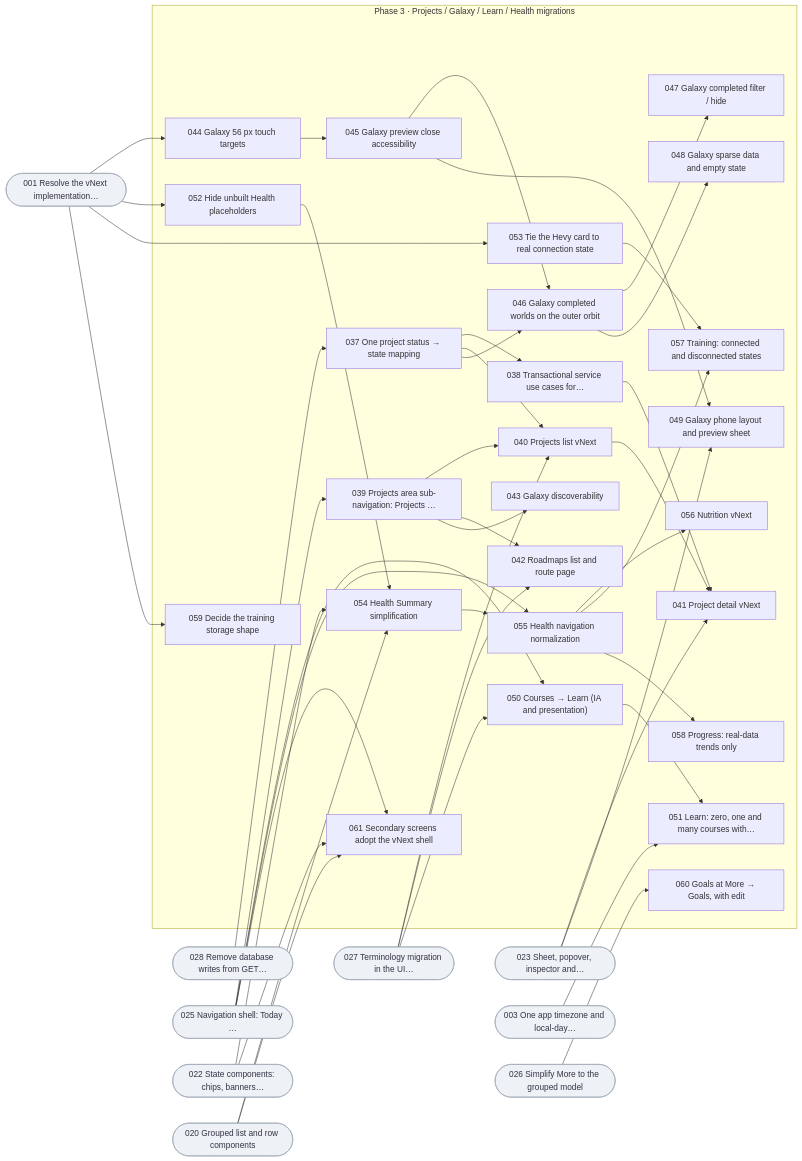
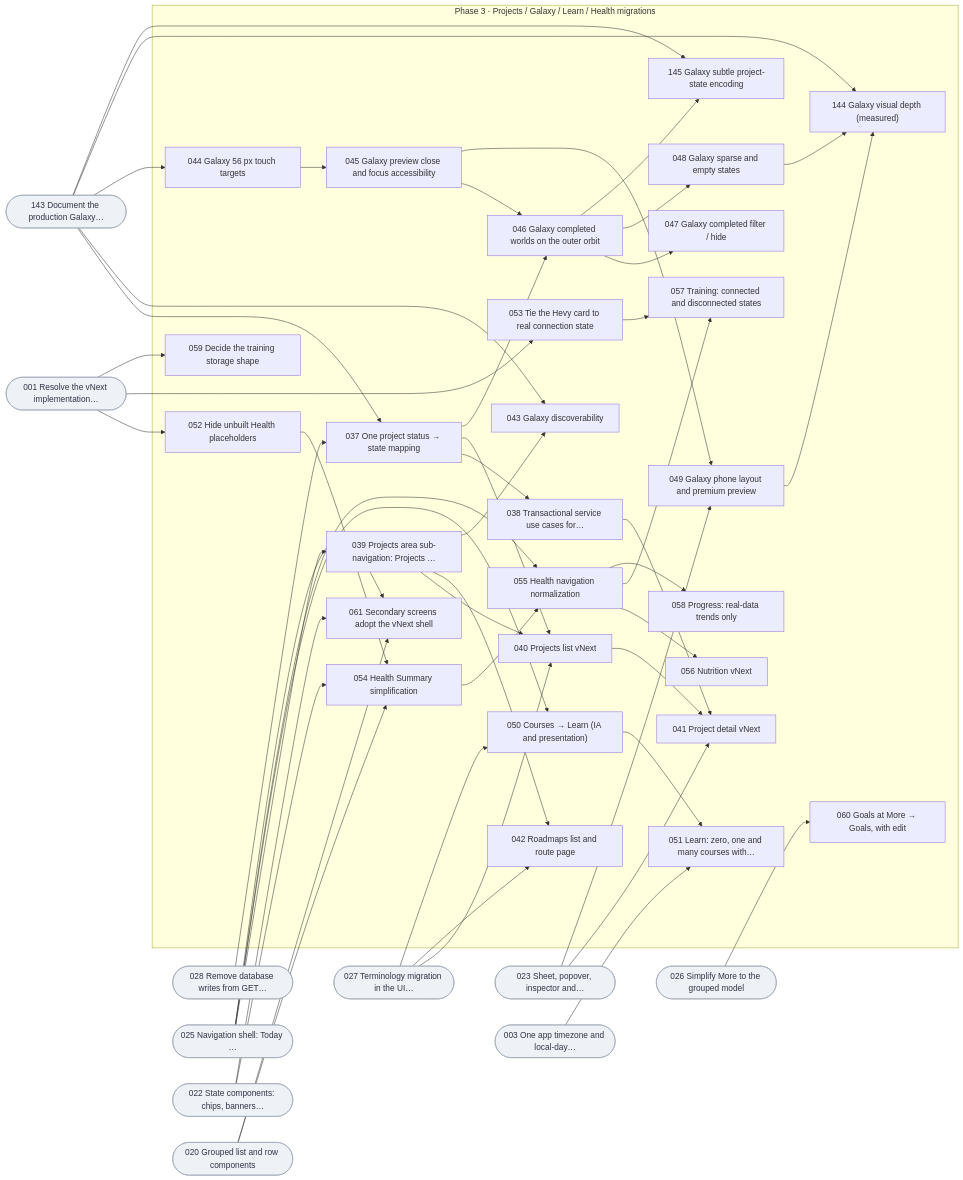
One commit to JayDalool/gyst-lifeops changed the fourth of 8 diagrams in docs/audit/vnext/16_DEPENDENCY_MAP.md. Above: the diagram before and after it, drawn with Mermaid. The commit also changed other lines of this file and 4 other files, not shown here.

```diff
--- a/docs/audit/vnext/16_DEPENDENCY_MAP.md
+++ b/docs/audit/vnext/16_DEPENDENCY_MAP.md
@@ -211,11 +214,13 @@
     roadmaps["042 Roadmaps list and route page"]
     gdisc["043 Galaxy discoverability"]
     gtap["044 Galaxy 56 px touch targets"]
-    gclose["045 Galaxy preview close accessibility"]
+    gclose["045 Galaxy preview close and focus accessibility"]
     gdone["046 Galaxy completed worlds on the outer orbit"]
     gfilter["047 Galaxy completed filter / hide"]
-    gsparse["048 Galaxy sparse data and empty state"]
-    gmobile["049 Galaxy phone layout and preview sheet"]
+    gsparse["048 Galaxy sparse and empty states"]
+    gmobile["049 Galaxy phone layout and premium preview"]
+    gdepth["144 Galaxy visual depth (measured)"]
+    gsignal["145 Galaxy subtle project-state encoding"]
     learnia["050 Courses → Learn (IA and presentation)"]
     learnstates["051 Learn: zero, one and many courses with…"]
     hplace["052 Hide unbuilt Health placeholders"]
@@ -230,6 +235,7 @@
     legacy["061 Secondary screens adopt the vNext shell"]
   end
   getwrites --> pstate
+  gbase --> pstate
   pstate --> ptx
   nav --> psub
   psub --> plist
@@ -241,7 +247,8 @@
   psub --> roadmaps
   terms --> roadmaps
   psub --> gdisc
-  base --> gtap
+  gbase --> gdisc
+  gbase --> gtap
   gtap --> gclose
   pstate --> gdone
   gclose --> gdone
@@ -249,6 +256,11 @@
   gdone --> gsparse
   gclose --> gmobile
   sheets --> gmobile
+  gbase --> gdepth
+  gmobile --> gdepth
+  gsparse --> gdepth
+  gbase --> gsignal
+  gdone --> gsignal
   nav --> learnia
   terms --> learnia
   learnia --> learnstates
@@ -270,6 +282,7 @@
   lists --> legacy
   states --> legacy
   base(["001 Resolve the vNext implementation…"]):::ext
+  gbase(["143 Document the production Galaxy…"]):::ext
   getwrites(["028 Remove database writes from GET…"]):::ext
   lists(["020 Grouped list and row components"]):::ext
   more(["026 Simplify More to the grouped model"]):::ext
```
